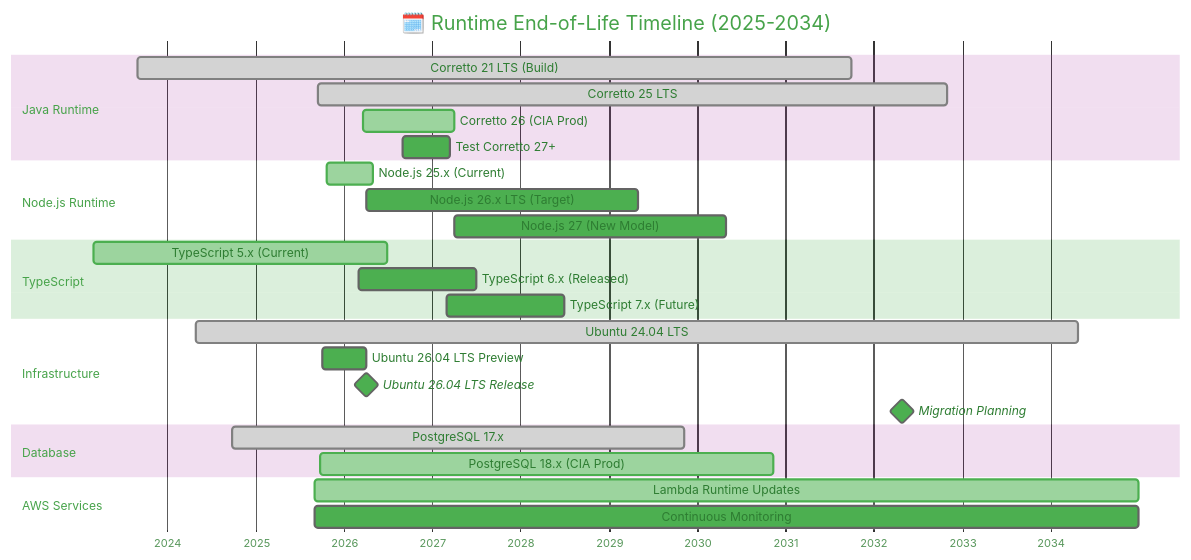
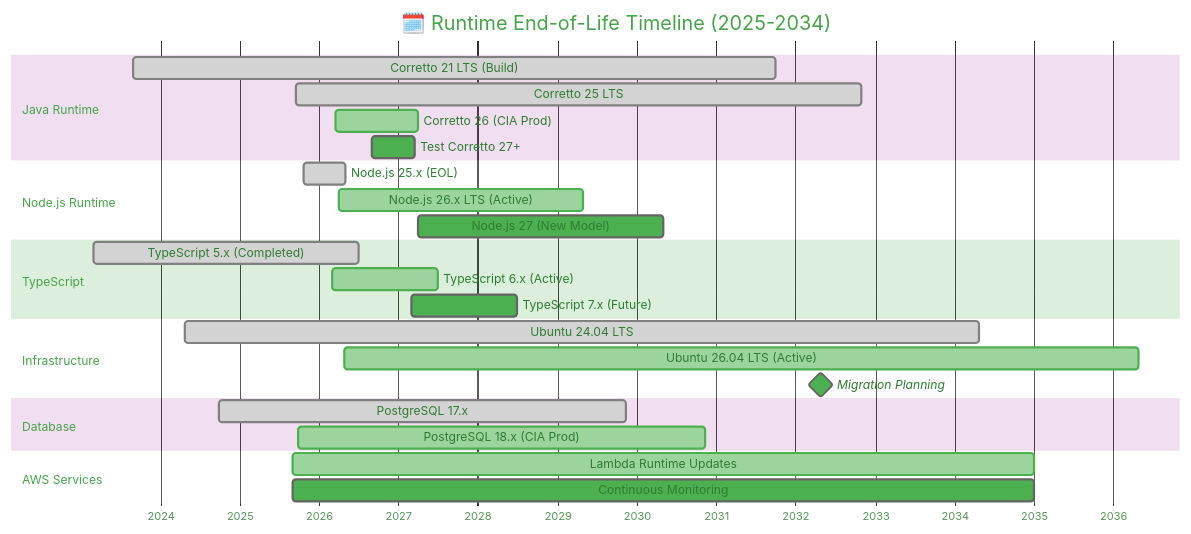
Before and after one commit to Hack23/ISMS-PUBLIC: the fourth of 6 diagrams in Vulnerability_Management.md, drawn with Mermaid. The commit also changed other lines of this file, not shown here.

````diff
--- a/Vulnerability_Management.md
+++ b/Vulnerability_Management.md
@@ -738,46 +739,45 @@
 ```mermaid
 %%{
   init: {
     'theme': 'base',
     'themeVariables': {
       'primaryColor': '#4CAF50',
       'primaryTextColor': '#2E7D32',
       'lineColor': '#4CAF50'
     }
   }
 }%%
 gantt
     title 🗓️ Runtime End-of-Life Timeline (2025-2034)
     dateFormat YYYY-MM-DD
     axisFormat %Y
     
     section Java Runtime
     Corretto 21 LTS (Build)  :done, corretto21, 2023-09-01, 2031-09-30
     Corretto 25 LTS           :done, corretto25, 2025-09-16, 2032-10-31
     Corretto 26 (CIA Prod)    :active, corretto26, 2026-03-18, 2027-03-31
     Test Corretto 27+         :testing27, 2026-09-01, 2027-03-15
     
     section Node.js Runtime  
-    Node.js 25.x (Current)    :active, node25, 2025-10-21, 2026-04-30
-    Node.js 26.x LTS (Target) :node26, 2026-04-01, 2029-04-30
+    Node.js 25.x (EOL)        :done, node25, 2025-10-21, 2026-04-30
+    Node.js 26.x LTS (Active) :active, node26, 2026-04-01, 2029-04-30
     Node.js 27 (New Model)    :node27, 2027-04-01, 2030-04-30
     
     section TypeScript
-    TypeScript 5.x (Current)  :active, ts5, 2023-03-01, 2026-06-30
-    TypeScript 6.x (Released) :ts6, 2026-03-01, 2027-06-30
+    TypeScript 5.x (Completed)  :done, ts5, 2023-03-01, 2026-06-30
+    TypeScript 6.x (Active)   :active, ts6, 2026-03-01, 2027-06-30
     TypeScript 7.x (Future)   :ts7, 2027-03-01, 2028-06-30
     
     section Infrastructure
     Ubuntu 24.04 LTS          :done, ubuntu24, 2024-04-25, 2034-04-25
-    Ubuntu 26.04 LTS Preview  :testing26u, 2025-10-01, 2026-04-01
-    Ubuntu 26.04 LTS Release  :milestone, ubuntu26, 2026-04-01, 2026-04-03
+    Ubuntu 26.04 LTS (Active) :active, ubuntu26, 2026-04-25, 2036-04-25
     Migration Planning        :milestone, 2032-04-25, 0d
     
     section Database
     PostgreSQL 17.x           :done, pg17, 2024-09-26, 2029-11-09
     PostgreSQL 18.x (CIA Prod):active, pg18, 2025-09-25, 2030-11-13
     
     section AWS Services
     Lambda Runtime Updates    :active, lambda, 2025-08-31, 2034-12-31
     Continuous Monitoring     :monitor, 2025-08-31, 2034-12-31
 ```
````
